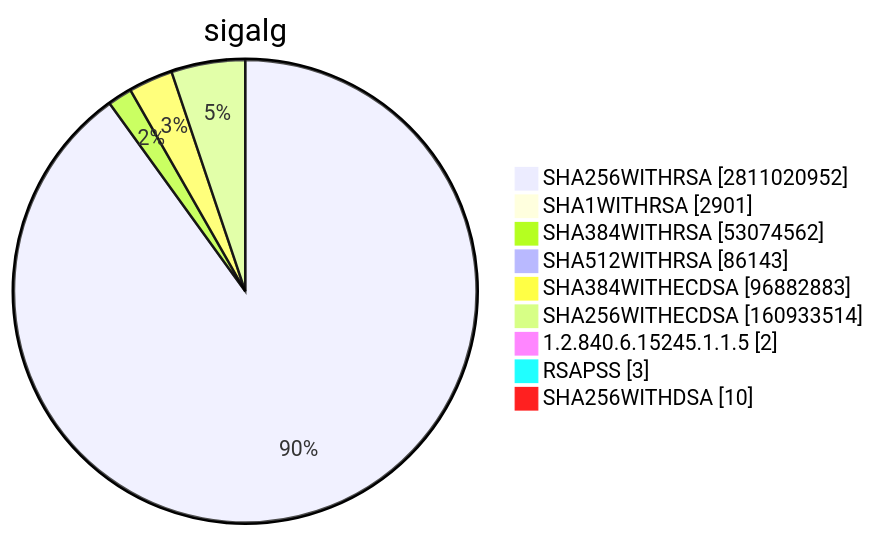
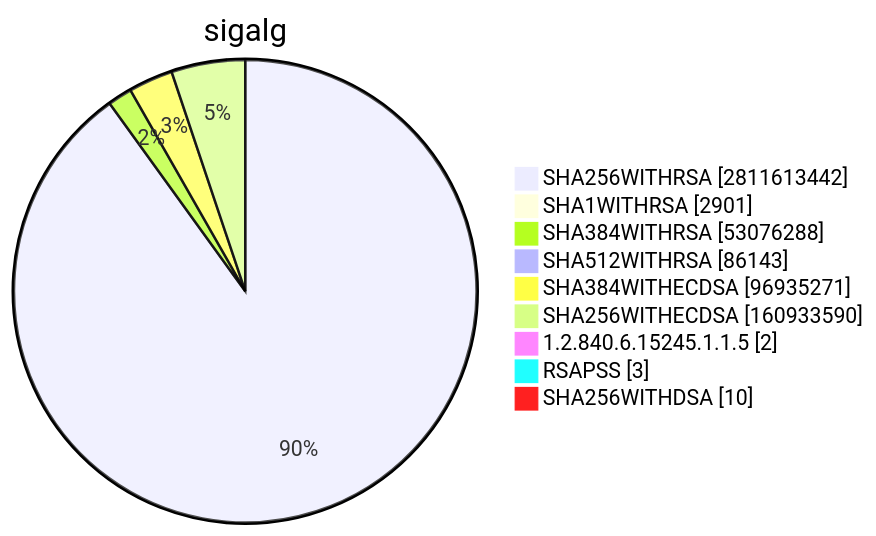
Diagram 15 of 15 in TOTAL/README.md (christiankrug/ctmonitor_visualization), drawn with Mermaid before and after one commit. The commit also changed other lines of this file, not shown here.

````diff
--- a/TOTAL/README.md
+++ b/TOTAL/README.md
@@ -6207,13 +6207,13 @@
 ```mermaid
 pie showData
 title sigalg
-"SHA256WITHRSA" :2811020952
+"SHA256WITHRSA" :2811613442
 "SHA1WITHRSA" :2901
-"SHA384WITHRSA" :53074562
+"SHA384WITHRSA" :53076288
 "SHA512WITHRSA" :86143
-"SHA384WITHECDSA" :96882883
-"SHA256WITHECDSA" :160933514
+"SHA384WITHECDSA" :96935271
+"SHA256WITHECDSA" :160933590
 "1.2.840.6.15245.1.1.5" :2
 "RSAPSS" :3
 "SHA256WITHDSA" :10
 ```
````
